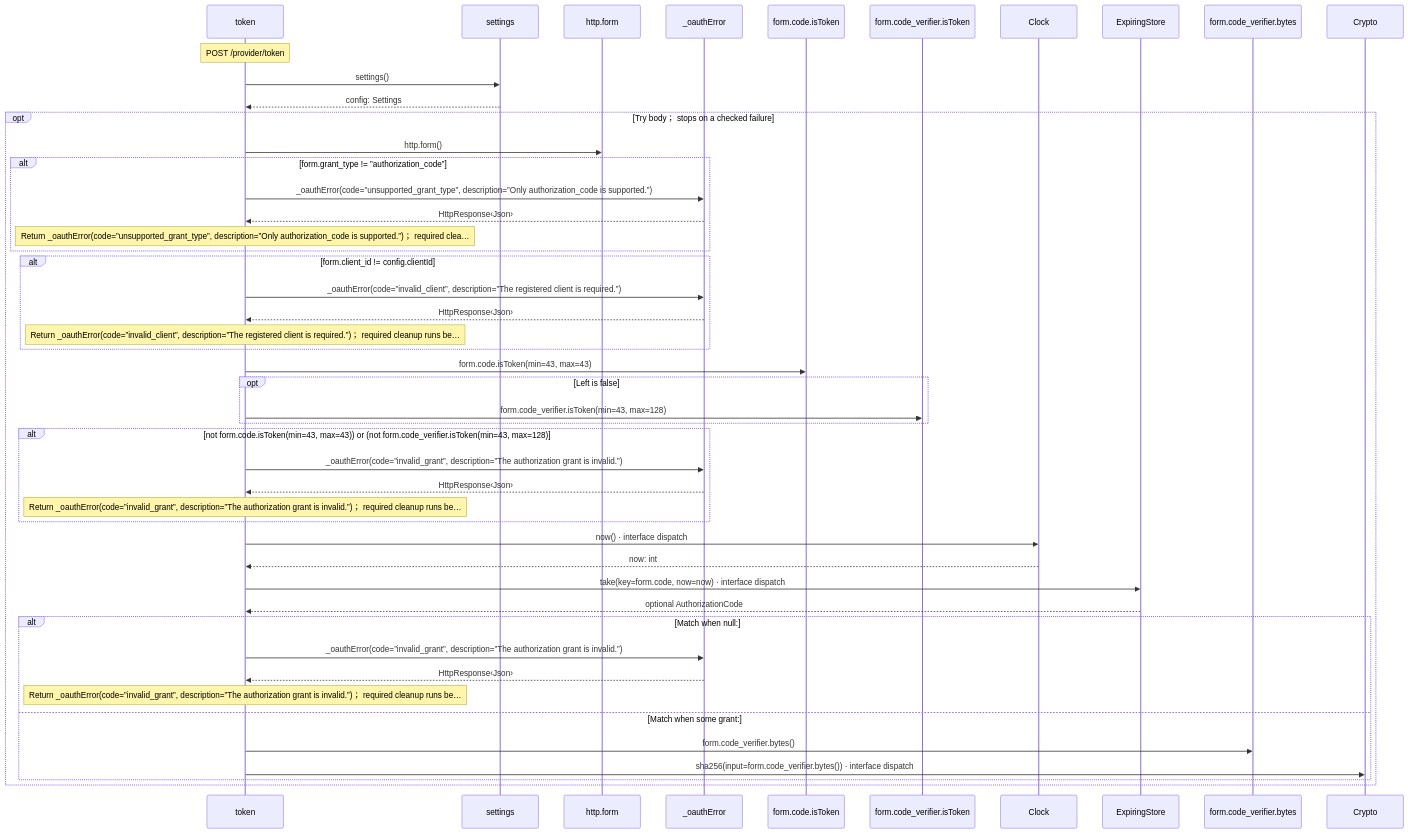
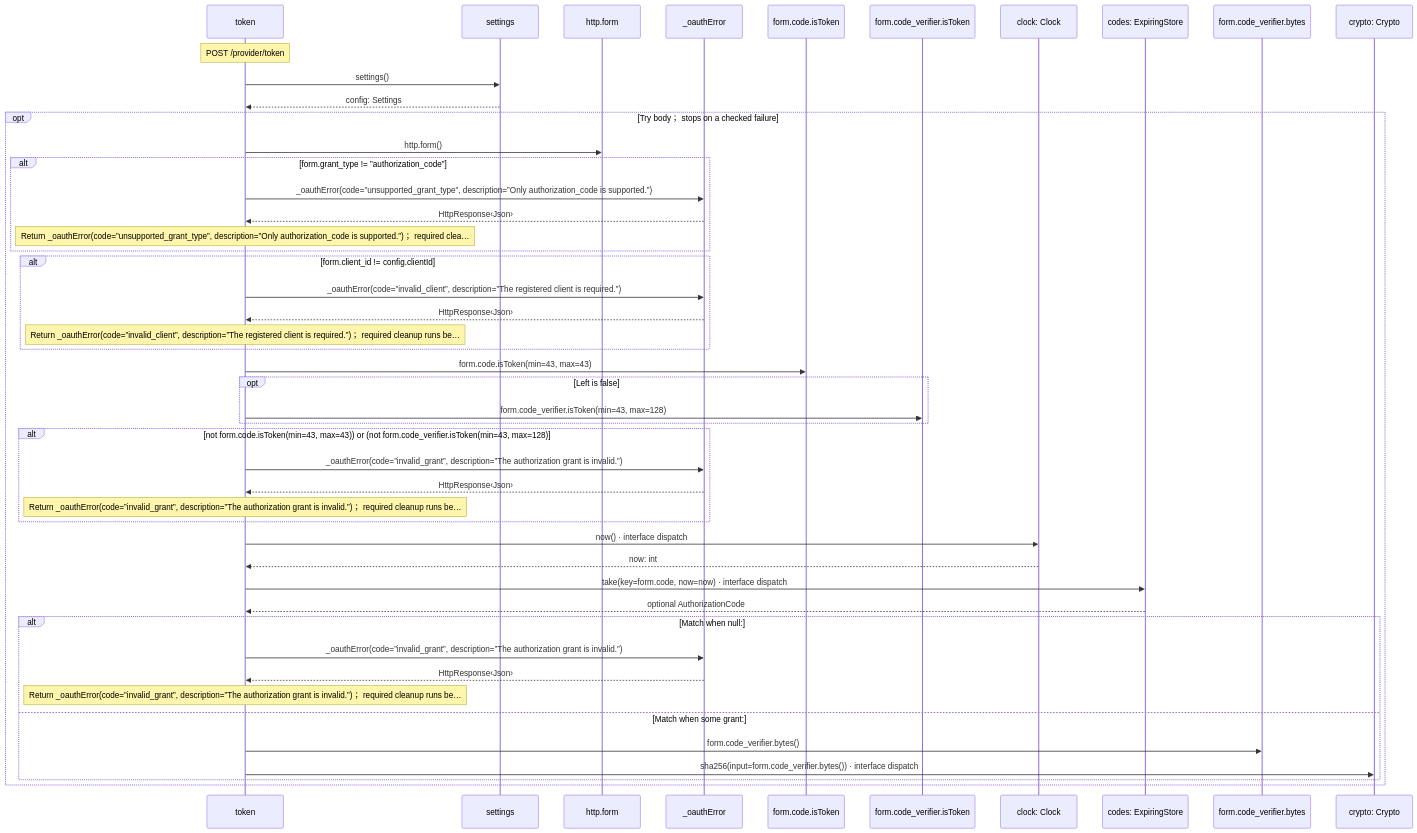
The fourth of 6 diagrams in docs/examples/oidc-login/provider/token-diagrams.md (GreenPandaStudios/augscript), drawn with Mermaid before and after one commit. The commit also changed other lines of this file and 102 other files, not shown here.

Commit message:
Keep named service receivers distinct in sequence data flow

````diff
--- a/docs/examples/oidc-login/provider/token-diagrams.md
+++ b/docs/examples/oidc-login/provider/token-diagrams.md
@@ -119,50 +119,50 @@
 ```mermaid
 sequenceDiagram
     participant p0 as token
     participant p1 as settings
     participant p2 as http.form
     participant p3 as _oauthError
     participant p4 as form.code.isToken
     participant p5 as form.code_verifier.isToken
-    participant p6 as Clock
-    participant p7 as ExpiringStore
+    participant p6 as clock: Clock
+    participant p7 as codes: ExpiringStore
     participant p8 as form.code_verifier.bytes
-    participant p9 as Crypto
+    participant p9 as crypto: Crypto
     Note over p0: POST /provider/token
     p0->>p1: settings()
     p1-->>p0: config: Settings
     opt Try body； stops on a checked failure
     p0->>p2: http.form()
     alt form.grant_type != ”authorization_code”
     p0->>p3: _oauthError(code=”unsupported_grant_type”, description=”Only authorization_code is supported.”)
     p3-->>p0: HttpResponse‹Json›
     Note over p0: Return _oauthError(code=”unsupported_grant_type”, description=”Only authorization_code is supported.”)； required clea…
     end
     alt form.client_id != config.clientId
     p0->>p3: _oauthError(code=”invalid_client”, description=”The registered client is required.”)
     p3-->>p0: HttpResponse‹Json›
     Note over p0: Return _oauthError(code=”invalid_client”, description=”The registered client is required.”)； required cleanup runs be…
     end
     p0->>p4: form.code.isToken(min=43, max=43)
     opt Left is false
     p0->>p5: form.code_verifier.isToken(min=43, max=128)
     end
     alt not form.code.isToken(min=43, max=43)) or (not form.code_verifier.isToken(min=43, max=128)
     p0->>p3: _oauthError(code=”invalid_grant”, description=”The authorization grant is invalid.”)
     p3-->>p0: HttpResponse‹Json›
     Note over p0: Return _oauthError(code=”invalid_grant”, description=”The authorization grant is invalid.”)； required cleanup runs be…
     end
     p0->>p6: now() · interface dispatch
     p6-->>p0: now: int
     p0->>p7: take(key=form.code, now=now) · interface dispatch
     p7-->>p0: optional AuthorizationCode
     alt Match when null:
     p0->>p3: _oauthError(code=”invalid_grant”, description=”The authorization grant is invalid.”)
     p3-->>p0: HttpResponse‹Json›
     Note over p0: Return _oauthError(code=”invalid_grant”, description=”The authorization grant is invalid.”)； required cleanup runs be…
     else Match when some grant:
     p0->>p8: form.code_verifier.bytes()
     p0->>p9: sha256(input=form.code_verifier.bytes()) · interface dispatch
     end
     end
 ```
````
